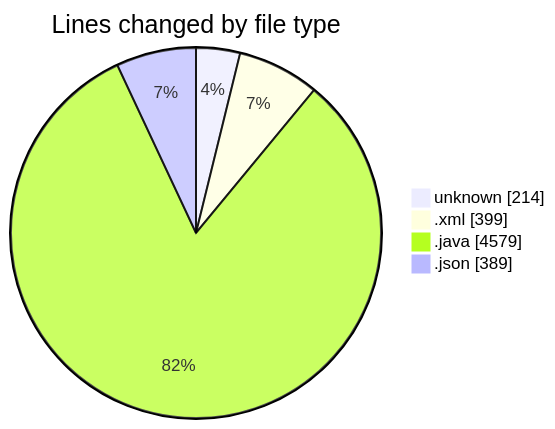
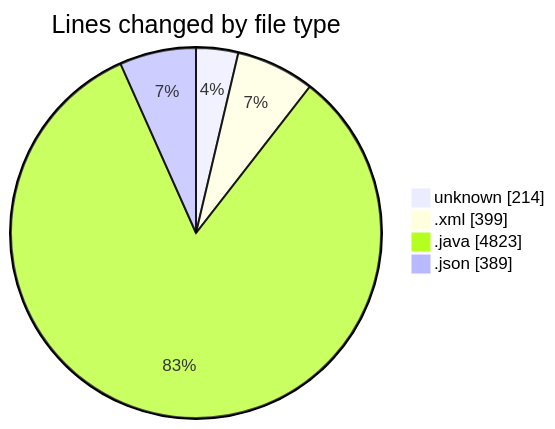
Before and after one commit to charlie-sans/code-tracking: the first of 2 diagrams in 2025-02-24/micros/README.md, drawn with Mermaid. The commit also changed other lines of this file and 1 other file, not shown here.

````diff
--- a/2025-02-24/micros/README.md
+++ b/2025-02-24/micros/README.md
@@ -35,8 +35,8 @@
 ```mermaid
 pie showData
 title Lines changed by file type
 "unknown" : 214
 ".xml" : 399
-".java" : 4579
+".java" : 4823
 ".json" : 389
 ```
````
